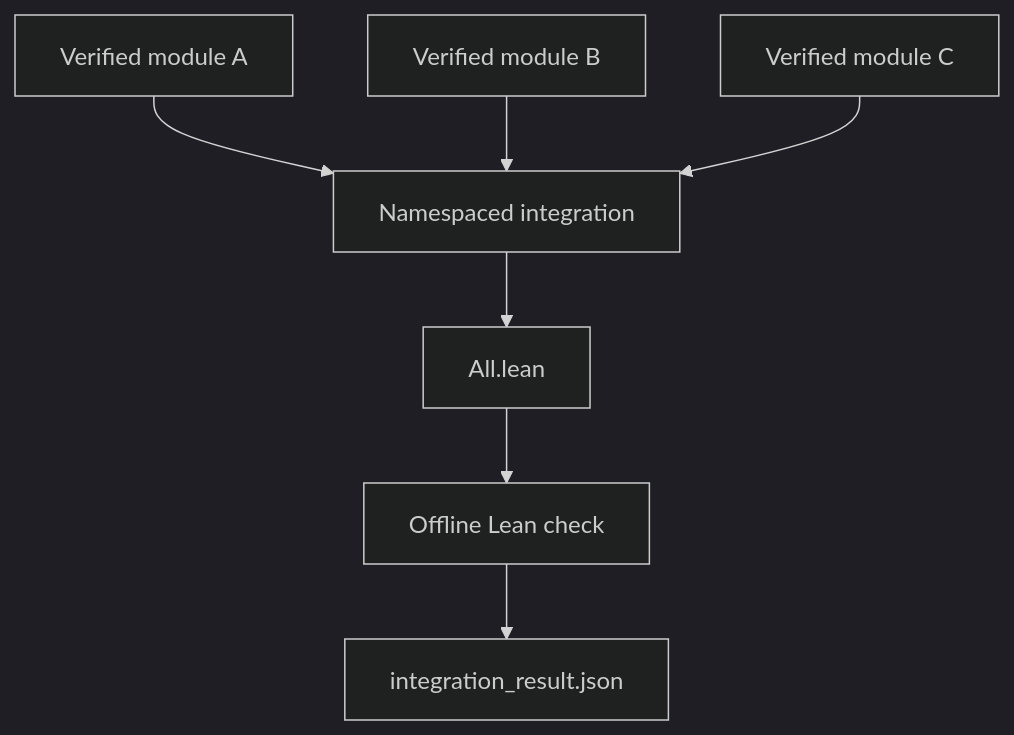
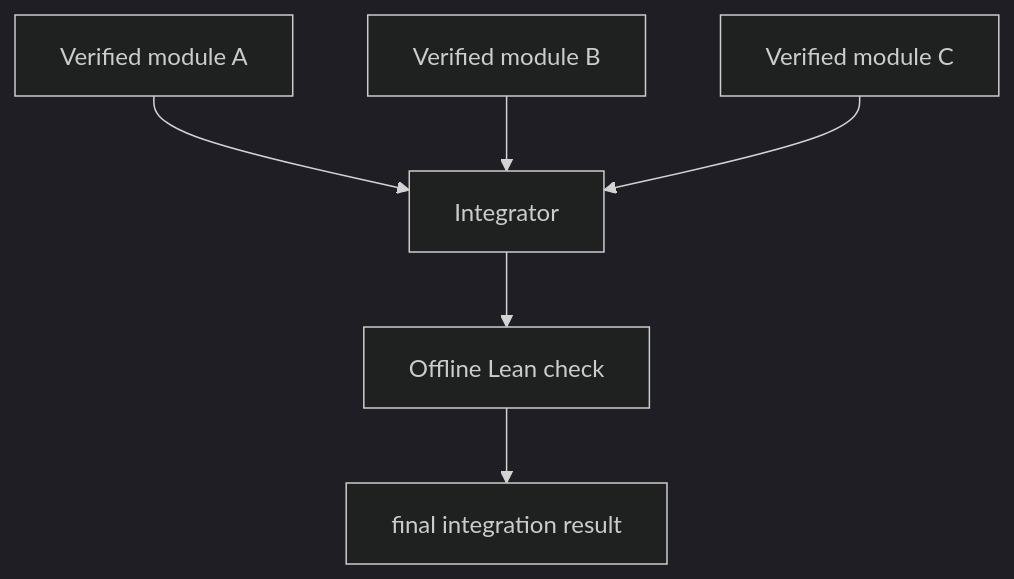
One commit to sachinkumarsingh092/multi-agent-leetproof changed the third of 3 diagrams in docs/progress.md. Above: the diagram before and after it, drawn with Mermaid (dark theme). The commit also changed other lines of this file, not shown here.

````diff
--- a/docs/progress.md
+++ b/docs/progress.md
@@ -73,9 +56,8 @@
 ```mermaid
 flowchart TD
-    A[Verified module A] --> D[Namespaced integration]
+    A[Verified module A] --> D[Integrator]
     B[Verified module B] --> D
     C[Verified module C] --> D
-    D --> E[All.lean]
-    E --> F[Offline Lean check]
-    F --> G[integration_result.json]
+    D --> E[Offline Lean check]
+    E --> F[final integration result]
 ```
````
